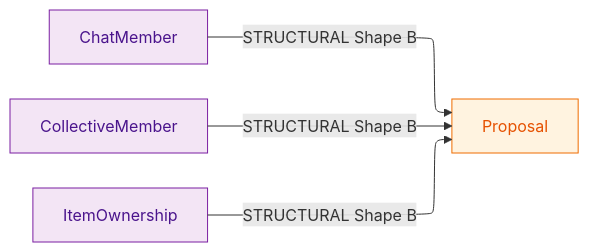
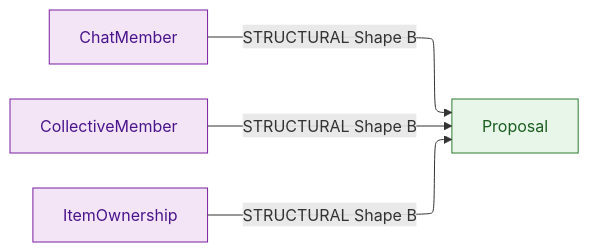
Before and after one commit to helping-kaiser/cogra: the sixth of 7 diagrams in docs/primitive/structural-edge-map.md, drawn with Mermaid. The commit also changed other lines of this file and 6 other files, not shown here.

````diff
--- a/docs/primitive/structural-edge-map.md
+++ b/docs/primitive/structural-edge-map.md
@@ -392,15 +395,15 @@
 ```mermaid
 %%{init: {"flowchart": {"defaultRenderer": "elk"}} }%%
 flowchart LR
     ChatMember[ChatMember]:::junction
     CollectiveMember[CollectiveMember]:::junction
     ItemOwnership[ItemOwnership]:::junction
-    Proposal[Proposal]:::content
+    Proposal[Proposal]:::carrier
 
     ChatMember -->|STRUCTURAL Shape B| Proposal
     CollectiveMember -->|STRUCTURAL Shape B| Proposal
     ItemOwnership -->|STRUCTURAL Shape B| Proposal
 
-    classDef content  fill:#fff3e0,stroke:#ef6c00,color:#e65100;
+    classDef carrier  fill:#e8f5e9,stroke:#2e7d32,color:#1b5e20;
     classDef junction fill:#f3e5f5,stroke:#7b1fa2,color:#4a148c;
 ```
````
